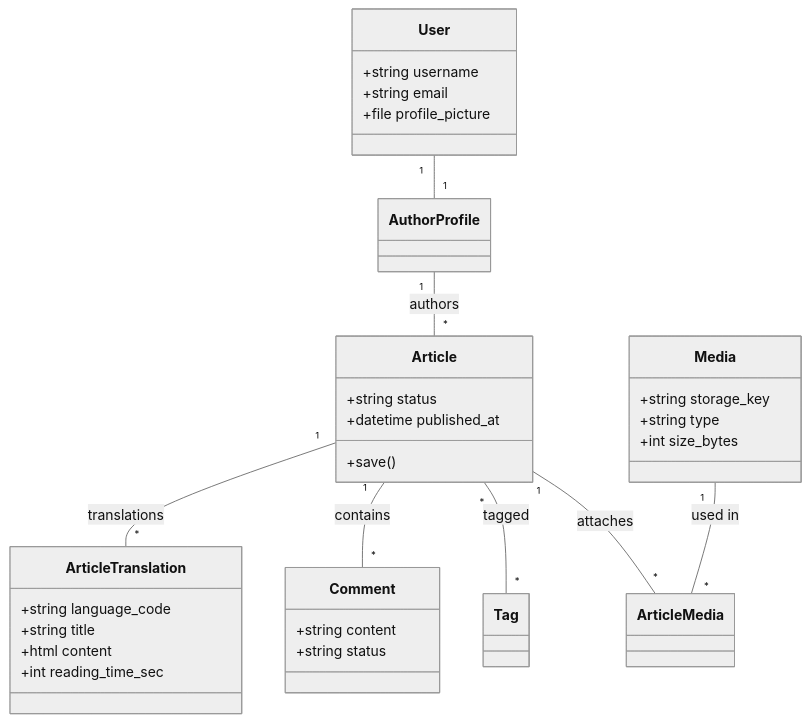
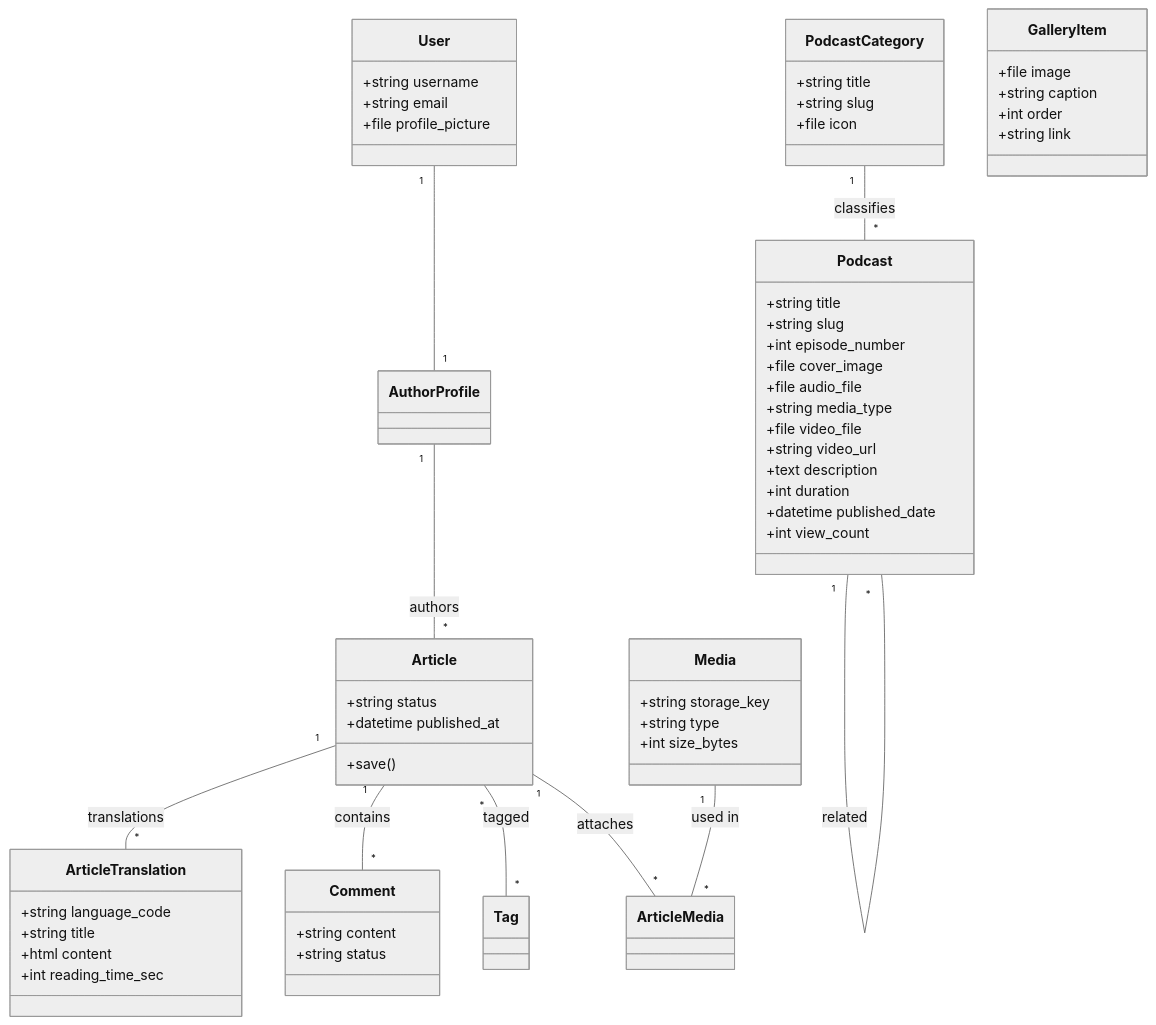
Before and after one commit to amirhossein-moloki/Blog: the second of 4 diagrams in COMPREHENSIVE_ARCHITECTURE.md, drawn with Mermaid (neutral theme). The commit also changed other lines of this file and 8 other files, not shown here.

First line of the commit message:
Update Comprehensive Architecture and System Documentation

````diff
--- a/COMPREHENSIVE_ARCHITECTURE.md
+++ b/COMPREHENSIVE_ARCHITECTURE.md
@@ -458,35 +519,62 @@
 ```mermaid
 classDiagram
     class User {
         +string username
         +string email
         +file profile_picture
     }
     class Article {
         +string status
         +datetime published_at
         +save()
     }
     class ArticleTranslation {
         +string language_code
         +string title
         +html content
         +int reading_time_sec
     }
     class Media {
         +string storage_key
         +string type
         +int size_bytes
     }
     class Comment {
         +string content
         +string status
     }
+    class PodcastCategory {
+        +string title
+        +string slug
+        +file icon
+    }
+    class Podcast {
+        +string title
+        +string slug
+        +int episode_number
+        +file cover_image
+        +file audio_file
+        +string media_type
+        +file video_file
+        +string video_url
+        +text description
+        +int duration
+        +datetime published_date
+        +int view_count
+    }
+    class GalleryItem {
+        +file image
+        +string caption
+        +int order
+        +string link
+    }
     User "1" -- "1" AuthorProfile
     AuthorProfile "1" -- "*" Article : authors
     Article "1" -- "*" ArticleTranslation : translations
     Article "1" -- "*" Comment : contains
     Article "*" -- "*" Tag : tagged
     Article "1" -- "*" ArticleMedia : attaches
     Media "1" -- "*" ArticleMedia : used in
+    PodcastCategory "1" -- "*" Podcast : classifies
+    Podcast "1" -- "*" Podcast : related
 ```
````
